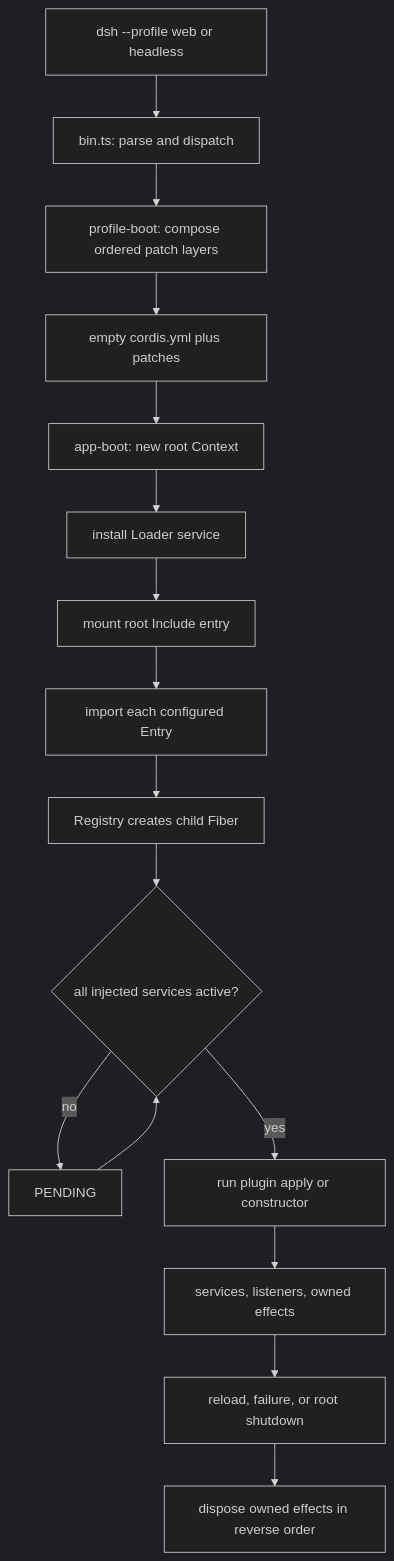
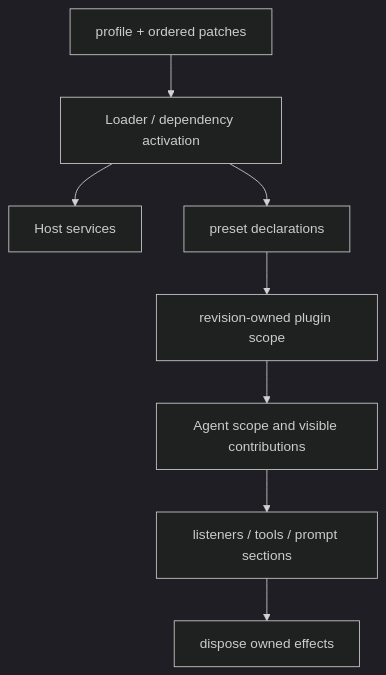
Before and after one commit to eriklee1895/hands-on-dsh: the diagram in how-dsh-works/01-plugin-tree-and-runtime-assembly.md, drawn with Mermaid (dark theme). The commit also changed other lines of this file and 56 other files, not shown here.

````diff
--- a/how-dsh-works/01-plugin-tree-and-runtime-assembly.md
+++ b/how-dsh-works/01-plugin-tree-and-runtime-assembly.md
@@ -44,18 +30,10 @@
 ```mermaid
 flowchart TD
-    CLI["dsh --profile web or headless"] --> Parse["bin.ts: parse and dispatch"]
-    Parse --> Compose["profile-boot: compose ordered patch layers"]
-    Compose --> Root["empty cordis.yml plus patches"]
-    Root --> Boot["app-boot: new root Context"]
-    Boot --> Loader["install Loader service"]
-    Loader --> Include["mount root Include entry"]
-    Include --> Entry["import each configured Entry"]
-    Entry --> Fiber["Registry creates child Fiber"]
-    Fiber --> Gate{"all injected services active?"}
-    Gate -->|no| Pending["PENDING"]
-    Pending --> Gate
-    Gate -->|yes| Apply["run plugin apply or constructor"]
-    Apply --> Effects["services, listeners, owned effects"]
-    Effects --> Stop["reload, failure, or root shutdown"]
-    Stop --> Dispose["dispose owned effects in reverse order"]
+    P["profile + ordered patches"] --> L["Loader / dependency activation"]
+    L --> H["Host services"]
+    L --> D["preset declarations"]
+    D --> R["revision-owned plugin scope"]
+    R --> A["Agent scope and visible contributions"]
+    A --> E["listeners / tools / prompt sections"]
+    E --> X["dispose owned effects"]
 ```
````
